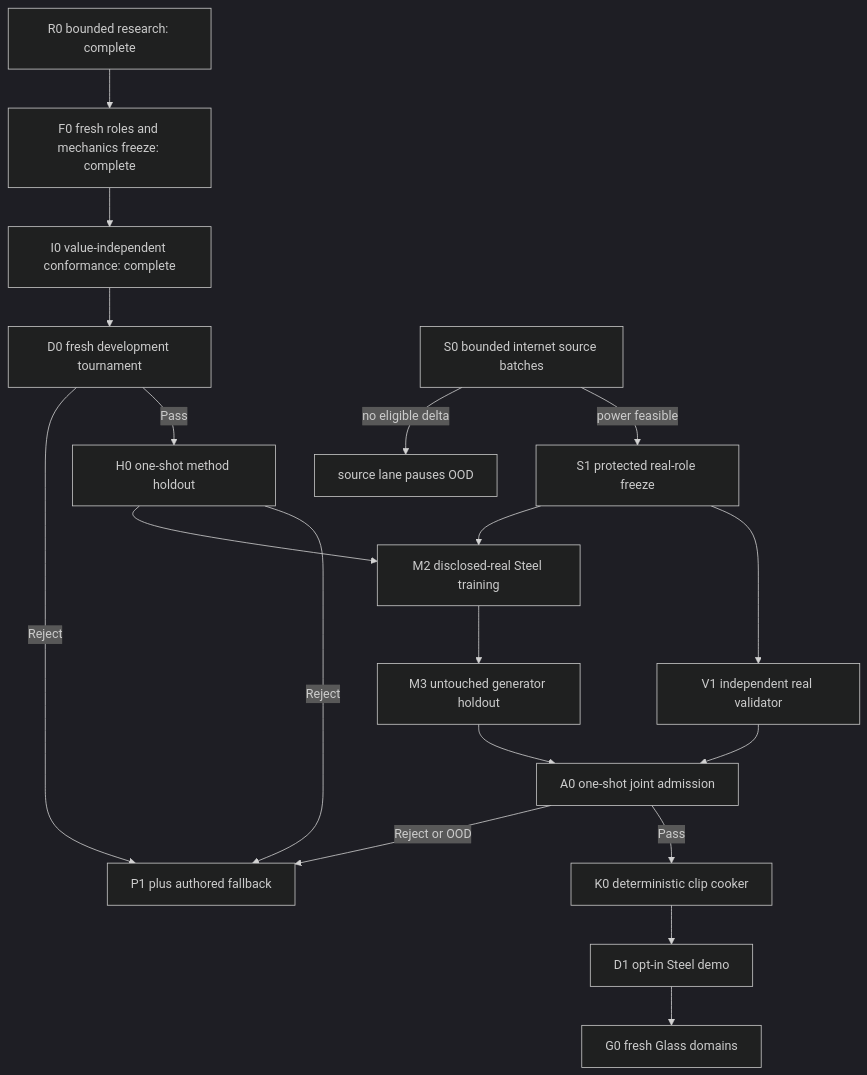
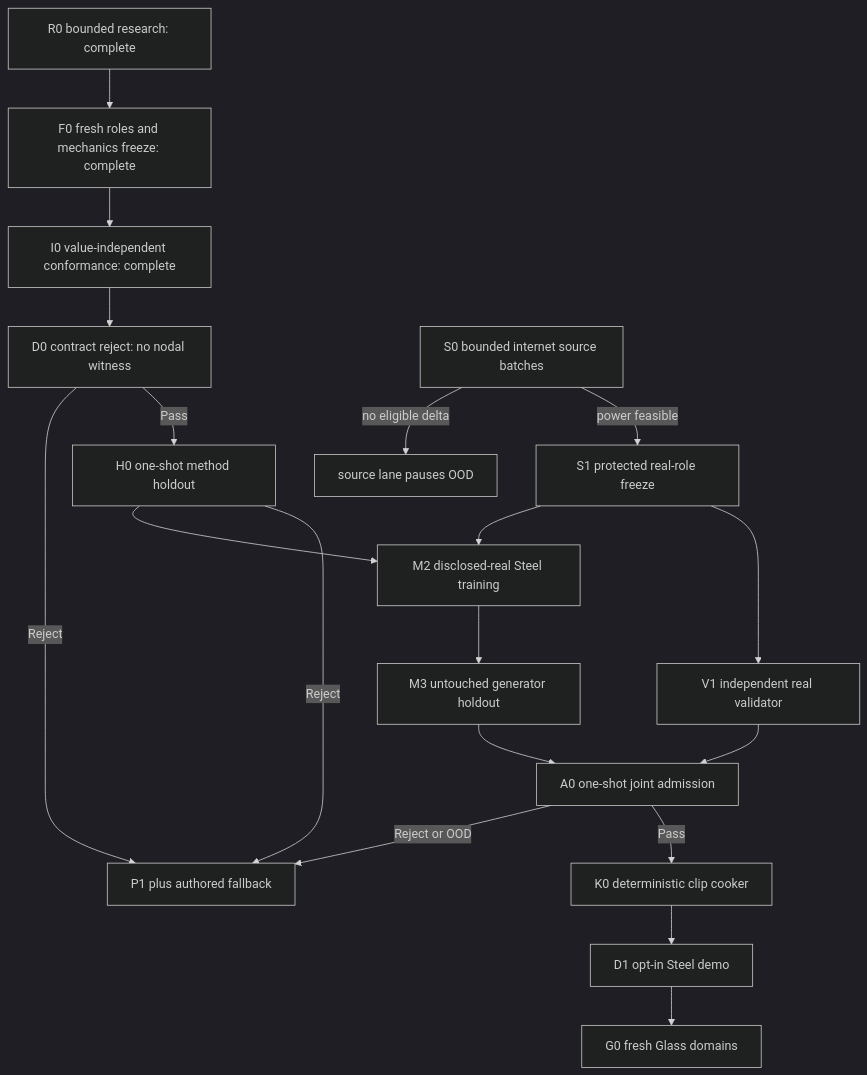
The diagram in docs/plans/physical-sound-synthesis-roadmap-v33.md (kaifaty/NextEngine), drawn with Mermaid (dark theme) before and after one commit. The commit also changed other lines of this file and 3 other files, not shown here.

````diff
--- a/docs/plans/physical-sound-synthesis-roadmap-v33.md
+++ b/docs/plans/physical-sound-synthesis-roadmap-v33.md
@@ -135,23 +135,23 @@
 ```mermaid
 flowchart TD
     R0["R0 bounded research: complete"] --> F0["F0 fresh roles and mechanics freeze: complete"]
     F0 --> I0["I0 value-independent conformance: complete"]
-    I0 --> D0["D0 fresh development tournament"]
+    I0 --> D0["D0 contract reject: no nodal witness"]
     D0 -->|"Pass"| H0["H0 one-shot method holdout"]
     D0 -->|"Reject"| GF["P1 plus authored fallback"]
     H0 -->|"Reject"| GF
 
     S0["S0 bounded internet source batches"] -->|"power feasible"| S1["S1 protected real-role freeze"]
     S0 -->|"no eligible delta"| SOOD["source lane pauses OOD"]
 
     S1 --> V1["V1 independent real validator"]
     S1 --> M2["M2 disclosed-real Steel training"]
     H0 --> M2
     M2 --> M3["M3 untouched generator holdout"]
     V1 --> A0["A0 one-shot joint admission"]
     M3 --> A0
     A0 -->|"Pass"| K0["K0 deterministic clip cooker"]
     A0 -->|"Reject or OOD"| GF
     K0 --> D1["D1 opt-in Steel demo"]
     D1 --> G0["G0 fresh Glass domains"]
 ```
````
